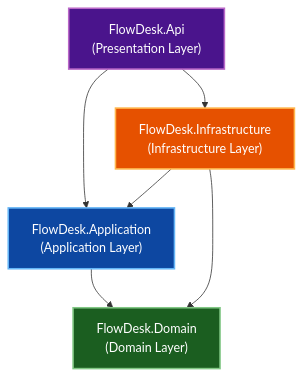
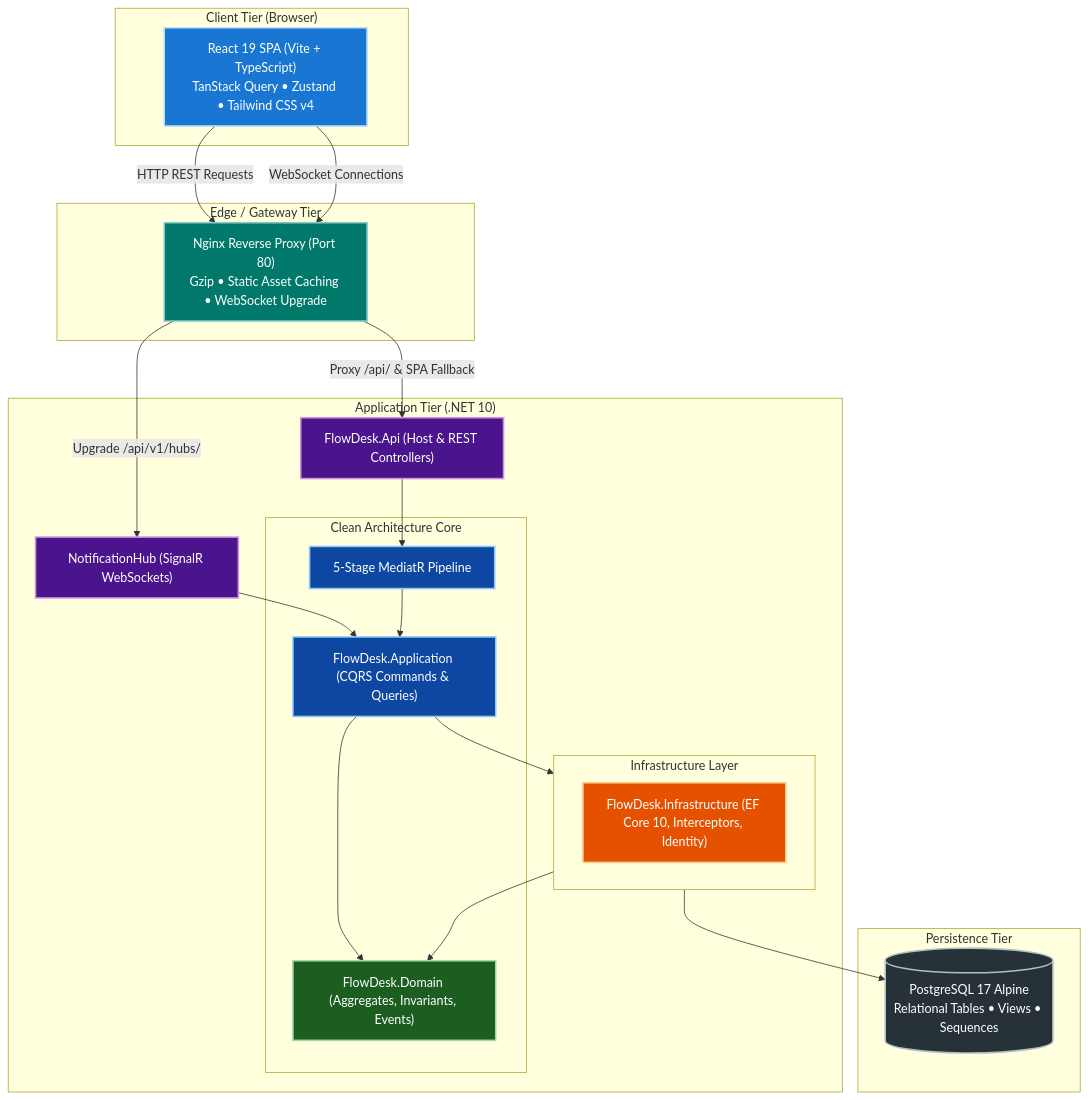
The diagram in README.md (abhishekdev-io/flowdesk-itsm), drawn with Mermaid before and after one commit. The commit also changed other lines of this file and 5 other files, not shown here.

````diff
--- a/README.md
+++ b/README.md
@@ -37,26 +27,58 @@
 ```mermaid
 graph TD
-    %% Layer Nodes
-    Api["FlowDesk.Api<br/>(Presentation Layer)"]
-    Infrastructure["FlowDesk.Infrastructure<br/>(Infrastructure Layer)"]
-    Application["FlowDesk.Application<br/>(Application Layer)"]
-    Domain["FlowDesk.Domain<br/>(Domain Layer)"]
+    subgraph Client["Client Tier (Browser)"]
+        SPA["React 19 SPA (Vite + TypeScript)<br/>TanStack Query • Zustand • Tailwind CSS v4"]
+    end
 
-    %% Dependency Directions
-    Api --> Application
-    Api --> Infrastructure
-    Infrastructure --> Application
-    Infrastructure --> Domain
+    subgraph Gateway["Edge / Gateway Tier"]
+        Nginx["Nginx Reverse Proxy (Port 80)<br/>Gzip • Static Asset Caching • WebSocket Upgrade"]
+    end
+
+    subgraph Backend["Application Tier (.NET 10)"]
+        API["FlowDesk.Api (Host & REST Controllers)"]
+        Hub["NotificationHub (SignalR WebSockets)"]
+        
+        subgraph Core["Clean Architecture Core"]
+            MediatR["5-Stage MediatR Pipeline"]
+            Application["FlowDesk.Application (CQRS Commands & Queries)"]
+            Domain["FlowDesk.Domain (Aggregates, Invariants, Events)"]
+        end
+
+        subgraph Infra["Infrastructure Layer"]
+            EFCore["FlowDesk.Infrastructure (EF Core 10, Interceptors, Identity)"]
+        end
+    end
+
+    subgraph Persistence["Persistence Tier"]
+        Postgres[("PostgreSQL 17 Alpine<br/>Relational Tables • Views • Sequences")]
+    end
+
+    SPA -->|HTTP REST Requests| Nginx
+    SPA -->|WebSocket Connections| Nginx
+    Nginx -->|Proxy /api/ & SPA Fallback| API
+    Nginx -->|Upgrade /api/v1/hubs/| Hub
+    
+    API --> MediatR
+    Hub --> Application
+    MediatR --> Application
     Application --> Domain
+    Application --> Infra
+    Infra --> Domain
+    Infra --> Postgres
 
-    %% Styling
-    classDef domain fill:#1b5e20,stroke:#81c784,stroke-width:2px,color:#ffffff;
-    classDef application fill:#0d47a1,stroke:#64b5f6,stroke-width:2px,color:#ffffff;
-    classDef infra fill:#e65100,stroke:#ffb74d,stroke-width:2px,color:#ffffff;
-    classDef api fill:#4a148c,stroke:#ba68c8,stroke-width:2px,color:#ffffff;
+    classDef client fill:#1976d2,stroke:#bbdefb,stroke-width:2px,color:#ffffff;
+    classDef gateway fill:#00796b,stroke:#80cbc4,stroke-width:2px,color:#ffffff;
+    classDef host fill:#4a148c,stroke:#ce93d8,stroke-width:2px,color:#ffffff;
+    classDef app fill:#0d47a1,stroke:#90caf9,stroke-width:2px,color:#ffffff;
+    classDef domain fill:#1b5e20,stroke:#a5d6a7,stroke-width:2px,color:#ffffff;
+    classDef infra fill:#e65100,stroke:#ffcc80,stroke-width:2px,color:#ffffff;
+    classDef db fill:#263238,stroke:#b0bec5,stroke-width:2px,color:#ffffff;
 
+    class SPA client;
+    class Nginx gateway;
+    class API,Hub host;
+    class MediatR,Application app;
     class Domain domain;
-    class Application application;
-    class Infrastructure infra;
-    class Api api;
+    class EFCore infra;
+    class Postgres db;
 ```
````
